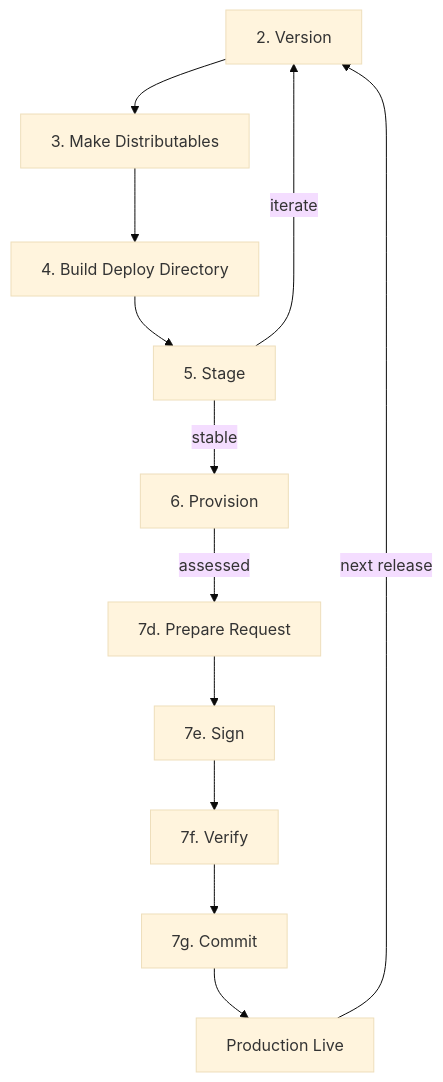
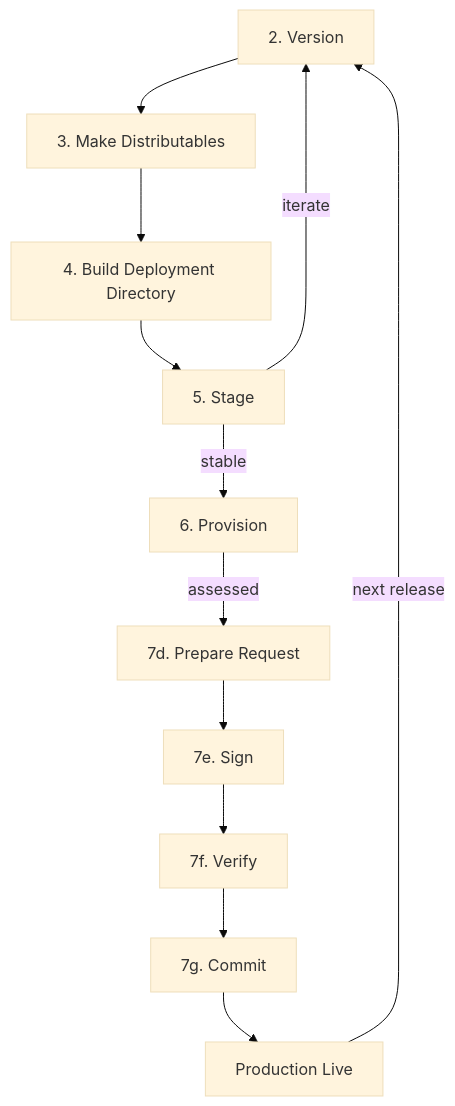
One commit to holepunchto/hello-pear-electron changed the third of 9 diagrams in README.md. Above: the diagram before and after it, drawn with Mermaid (base theme). The commit also changed other lines of this file, not shown here.

````diff
--- a/README.md
+++ b/README.md
@@ -280,14 +280,14 @@
 ```mermaid
 graph TD
     V[2. Version] --> Make[3. Make Distributables]
-    Make --> Build[4. Build Deploy Directory]
+    Make --> Build[4. Build Deployment Directory]
     Build --> Stage[5. Stage]
     Stage -->|iterate| V
     Stage -->|stable| Prov[6. Provision]
     Prov -->|assessed| Req[7d. Prepare Request]
     Req --> Sign[7e. Sign]
     Sign --> Verify[7f. Verify]
     Verify --> Commit[7g. Commit]
     Commit --> Live[Production Live]
     Live -->|next release| V
 ```
````
